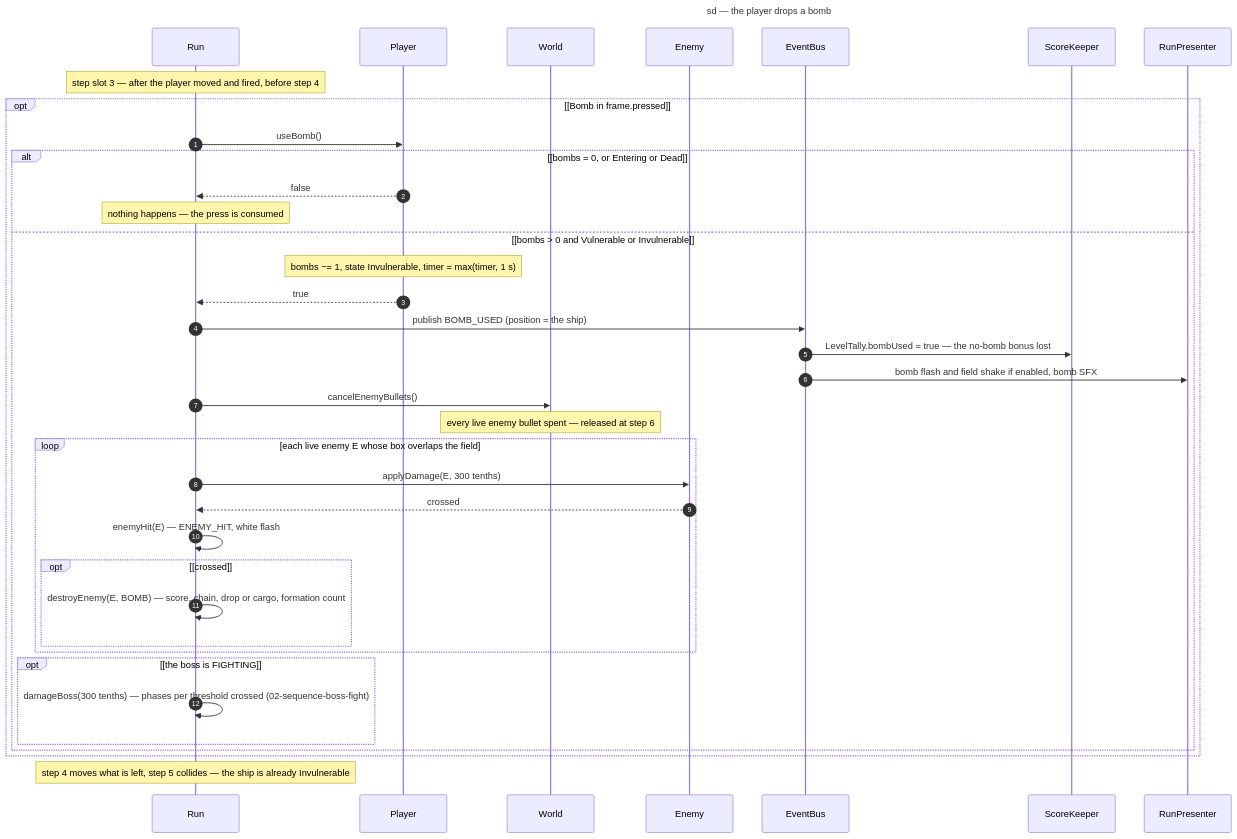
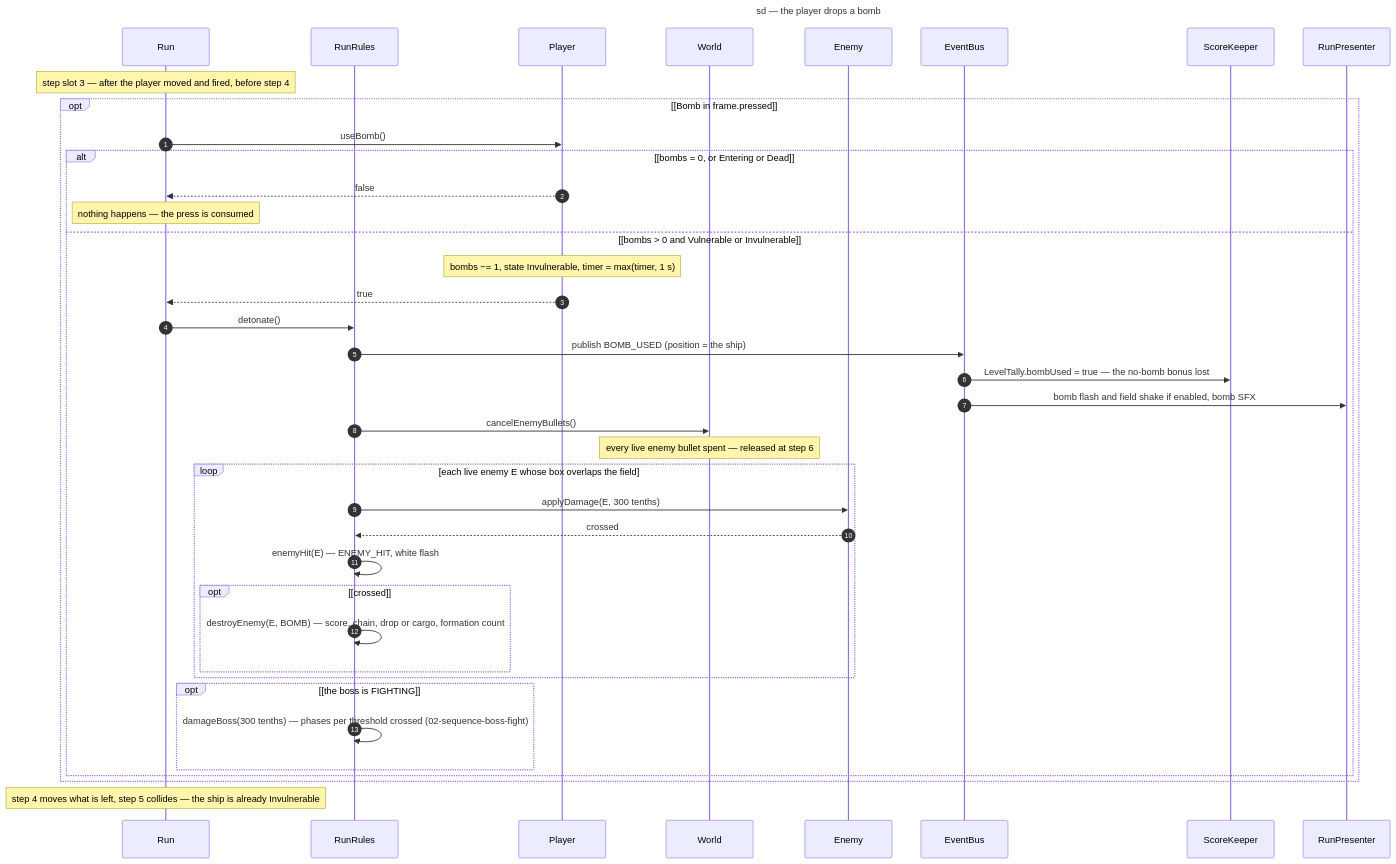
The diagram in docs/architecture/diagrams/gameplay/02-sequence-bomb.md (benoit-bremaud/retro-shmup), drawn with Mermaid before and after one commit. The commit also changed 14 other files, not shown here.

First line of the commit message:
refactor(game): extract RunRules from Run as a pure move (#40)

````diff
--- a/docs/architecture/diagrams/gameplay/02-sequence-bomb.md
+++ b/docs/architecture/diagrams/gameplay/02-sequence-bomb.md
@@ -21,43 +21,45 @@
 ```mermaid
 ---
 title: sd — the player drops a bomb
 ---
 sequenceDiagram
   autonumber
   participant Run as Run
+  participant Rules as RunRules
   participant Pl as Player
   participant W as World
   participant E as Enemy
   participant Bus as EventBus
   participant SK as ScoreKeeper
   participant P as RunPresenter
 
   Note over Run: step slot 3 — after the player moved and fired, before step 4
   opt [Bomb in frame.pressed]
     Run->>Pl: useBomb()
     alt [bombs = 0, or Entering or Dead]
       Pl-->>Run: false
       Note over Run: nothing happens — the press is consumed
     else [bombs > 0 and Vulnerable or Invulnerable]
       Note over Pl: bombs −= 1, state Invulnerable, timer = max(timer, 1 s)
       Pl-->>Run: true
-      Run->>Bus: publish BOMB_USED (position = the ship)
+      Run->>Rules: detonate()
+      Rules->>Bus: publish BOMB_USED (position = the ship)
       Bus->>SK: LevelTally.bombUsed = true — the no-bomb bonus lost
       Bus->>P: bomb flash and field shake if enabled, bomb SFX
-      Run->>W: cancelEnemyBullets()
+      Rules->>W: cancelEnemyBullets()
       Note over W: every live enemy bullet spent — released at step 6
       loop each live enemy E whose box overlaps the field
-        Run->>E: applyDamage(E, 300 tenths)
-        E-->>Run: crossed
-        Run->>Run: enemyHit(E) — ENEMY_HIT, white flash
+        Rules->>E: applyDamage(E, 300 tenths)
+        E-->>Rules: crossed
+        Rules->>Rules: enemyHit(E) — ENEMY_HIT, white flash
         opt [crossed]
-          Run->>Run: destroyEnemy(E, BOMB) — score, chain, drop or cargo, formation count
+          Rules->>Rules: destroyEnemy(E, BOMB) — score, chain, drop or cargo, formation count
         end
       end
       opt [the boss is FIGHTING]
-        Run->>Run: damageBoss(300 tenths) — phases per threshold crossed (02-sequence-boss-fight)
+        Rules->>Rules: damageBoss(300 tenths) — phases per threshold crossed (02-sequence-boss-fight)
       end
     end
   end
   Note over Run: step 4 moves what is left, step 5 collides — the ship is already Invulnerable
 ```
````
